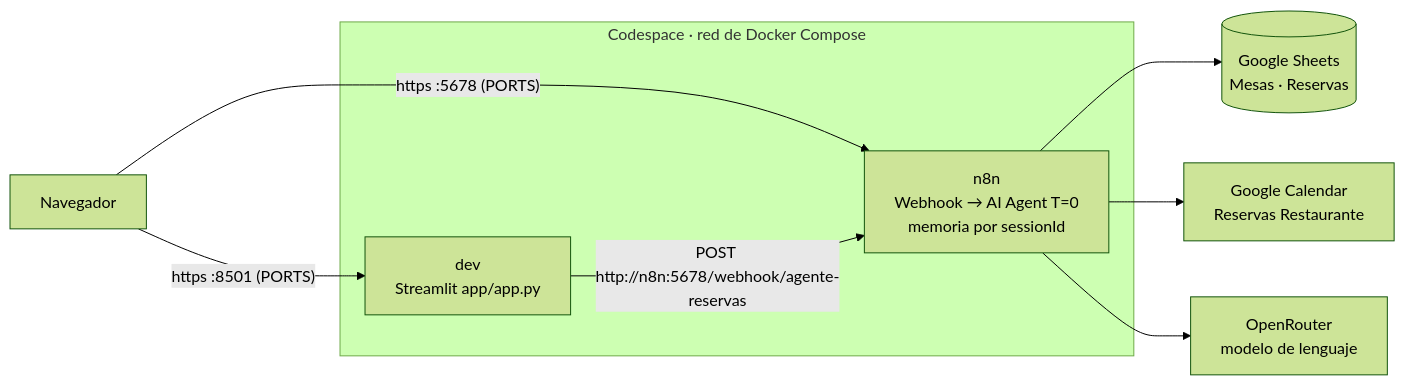
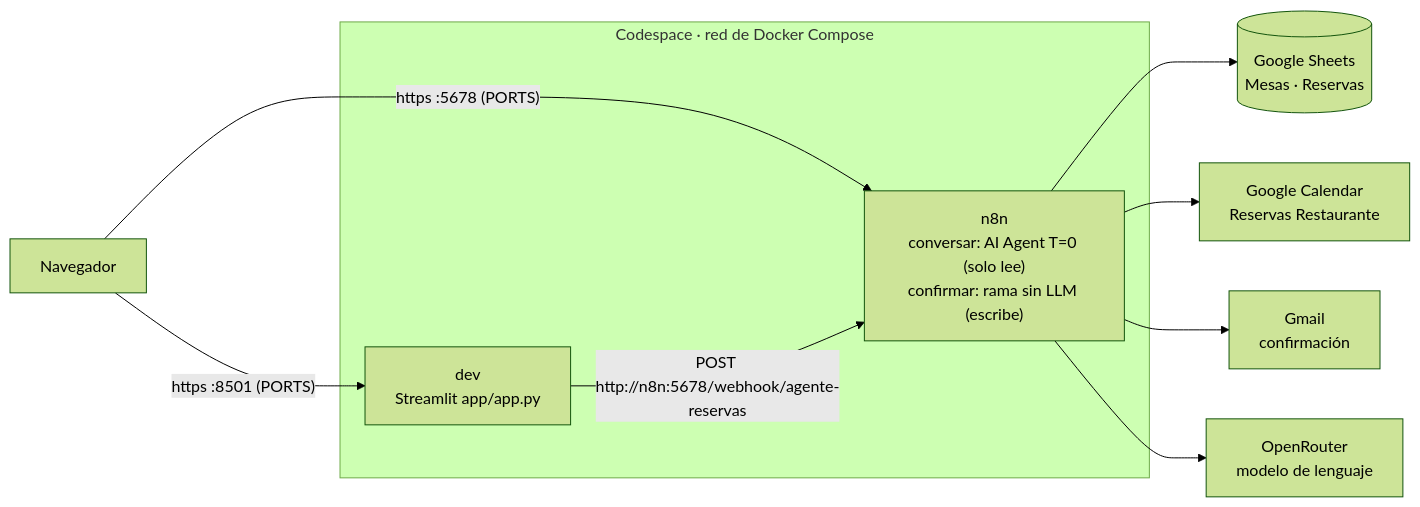
Before and after one commit to jakomycat/Proyecto-Final-Reservas: the diagram in README.md, drawn with Mermaid (forest theme). The commit also changed other lines of this file and 10 other files, not shown here.

````diff
--- a/README.md
+++ b/README.md
@@ -11,11 +12,12 @@
 ```mermaid
 flowchart LR
     B[Navegador] -- "https :8501 (PORTS)" --> S
     B -- "https :5678 (PORTS)" --> N
     subgraph CS["Codespace · red de Docker Compose"]
-        S["dev<br/>Streamlit app/app.py"] -- "POST http://n8n:5678/webhook/agente-reservas" --> N["n8n<br/>Webhook → AI Agent T=0<br/>memoria por sessionId"]
+        S["dev<br/>Streamlit app/app.py"] -- "POST http://n8n:5678/webhook/agente-reservas" --> N["n8n<br/>conversar: AI Agent T=0 (solo lee)<br/>confirmar: rama sin LLM (escribe)"]
     end
     N --> GS[(Google Sheets<br/>Mesas · Reservas)]
     N --> GC[Google Calendar<br/>Reservas Restaurante]
+    N --> GM[Gmail<br/>confirmación]
     N --> OR[OpenRouter<br/>modelo de lenguaje]
 ```
````
